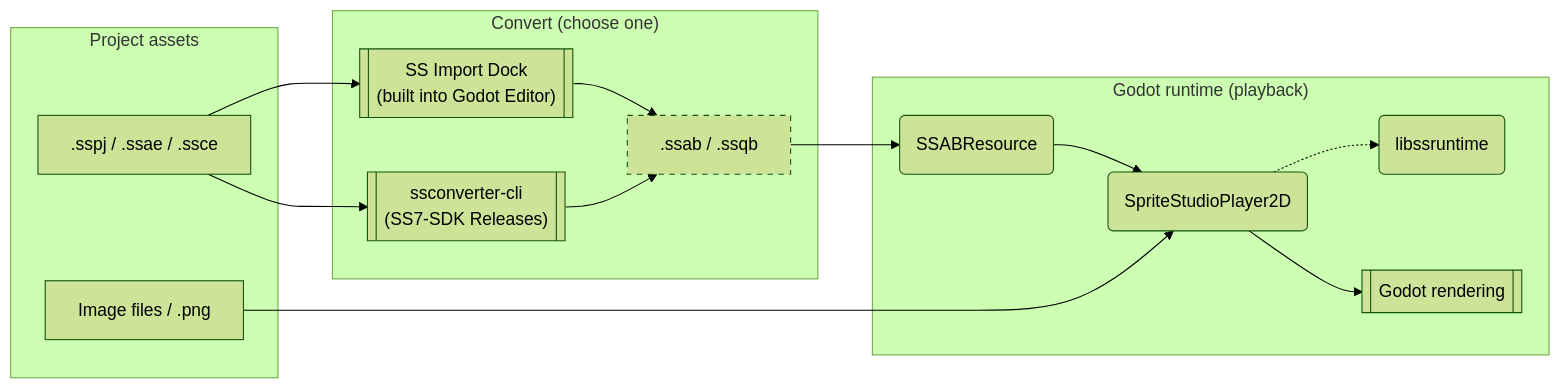
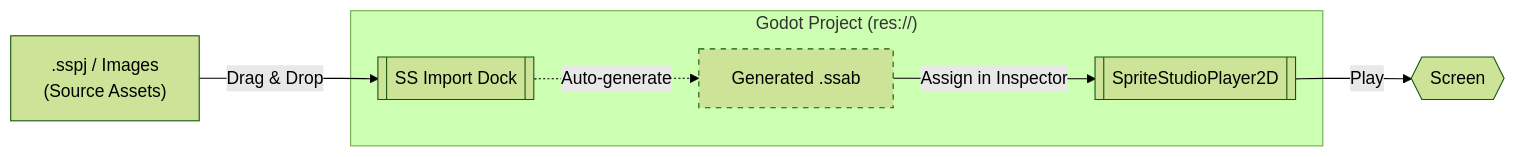
Before and after one commit to SpriteStudio/SSPlayerForGodot: the diagram in README.md, drawn with Mermaid (forest theme). The commit also changed other lines of this file and 25 other files, not shown here.

````diff
--- a/README.md
+++ b/README.md
@@ -22,27 +41,18 @@
 ```mermaid
 graph LR
-    subgraph Assets ["Project assets"]
-        SS[" .sspj / .ssae / .ssce "]
-        IMG[" Image files / .png "]
+    SS[" .sspj / Images<br>(Source Assets) "]
+
+    subgraph Godot ["Godot Project (res://)"]
+        DOCK[[" SS Import Dock "]]
+        BIN[" Generated .ssab "]
+        NODE[[ SpriteStudioPlayer2D ]]
     end
 
-    subgraph Convert ["Convert (choose one)"]
-        DOCK[[" SS Import Dock<br>(built into Godot Editor) "]]
-        CLI[[" ssconverter-cli<br>(SS7-SDK Releases) "]]
-        SS --> DOCK
-        SS --> CLI
-        DOCK --> BIN[" .ssab / .ssqb "]
-        CLI --> BIN
-    end
-
-    subgraph Runtime ["Godot runtime (playback)"]
-        BIN --> RES(" SSABResource ")
-        RES --> NODE(" SpriteStudioPlayer2D ")
-        NODE -.-> RT(" libssruntime ")
-        IMG --> NODE
-        NODE --> RENDER[[" Godot rendering "]]
-    end
+    SS -- "Drag & Drop" --> DOCK
+    DOCK -. "Auto-generate" .-> BIN
+    BIN -- "Assign in Inspector" --> NODE
+    NODE -- "Play" --> RENDER{{" Screen "}}
 
     classDef generated stroke-dasharray: 5 5;
     class BIN generated;
 ```
````
